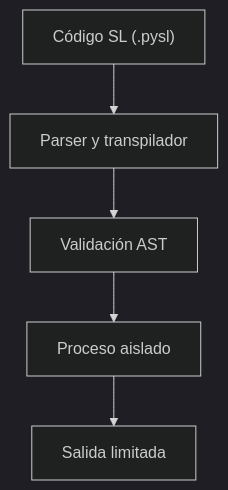
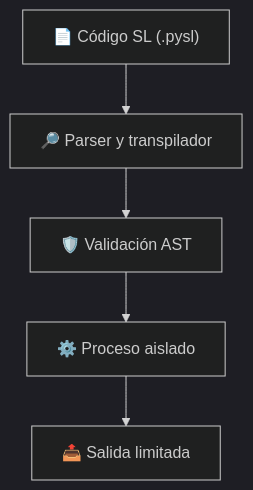
One commit to Jairo0811/PySL changed the diagram in README.md. Above: the diagram before and after it, drawn with Mermaid (dark theme). The commit also changed other lines of this file, not shown here.

````diff
--- a/README.md
+++ b/README.md
@@ -52,7 +56,7 @@
 ```mermaid
 flowchart TD
-    A["Código SL (.pysl)"] --> B["Parser y transpilador"]
-    B --> C["Validación AST"]
-    C --> D["Proceso aislado"]
-    D --> E["Salida limitada"]
+    A["📄 Código SL (.pysl)"] --> B["🔎 Parser y transpilador"]
+    B --> C["🛡️ Validación AST"]
+    C --> D["⚙️ Proceso aislado"]
+    D --> E["📤 Salida limitada"]
 ```
````
